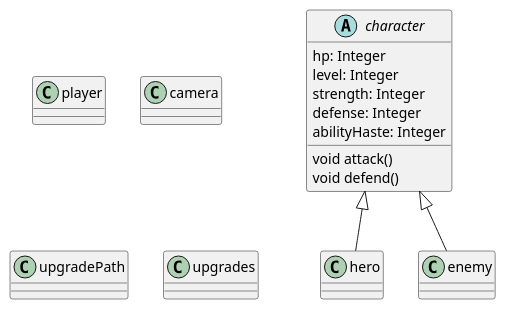
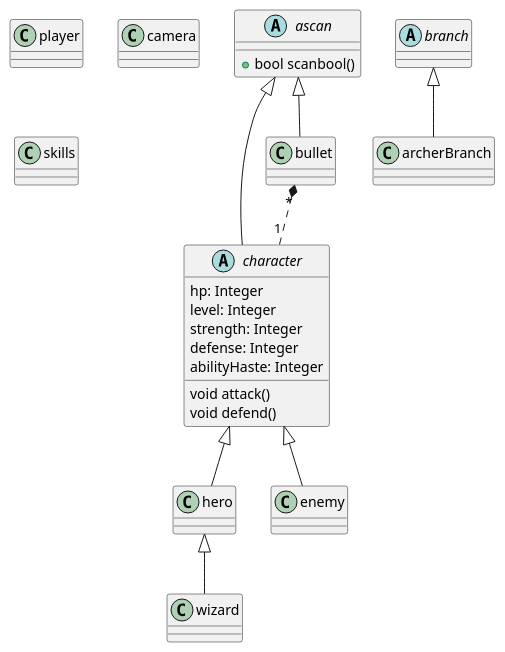
Before and after one commit to HB-Student/Unity-Eksamen: the diagram in unity eksamen/design.puml, drawn with PlantUML. The commit also changed 5 other files, not shown here.

```diff
--- a/unity eksamen/design.puml
+++ b/unity eksamen/design.puml
@@ -1,40 +1,58 @@
 @startuml
 class player{
 
 }
 
 class camera {
 
 }
 
 abstract character {
 hp: Integer
 level: Integer
 strength: Integer
 defense: Integer
 abilityHaste: Integer
 void attack()
 void defend()
 }
 
 class hero{
 
 }
 
 class enemy{
 
 }
 
-class upgradePath{
+abstract class branch{
 
 }
 
-class upgrades{
+class skills{
 
+}
+
+class wizard{
+
+}
+
+class bullet{
+
+}
+
+class archerBranch{
+
+}
+abstract class ascan{
+ +bool scanbool()   
 }
 
 character <|-- enemy
 character <|-- hero
-
-
+hero <|-- wizard
+bullet "*"*.."1" character
+ascan <|-- character
+ascan <|-- bullet
+branch <|-- archerBranch
 @enduml
```
